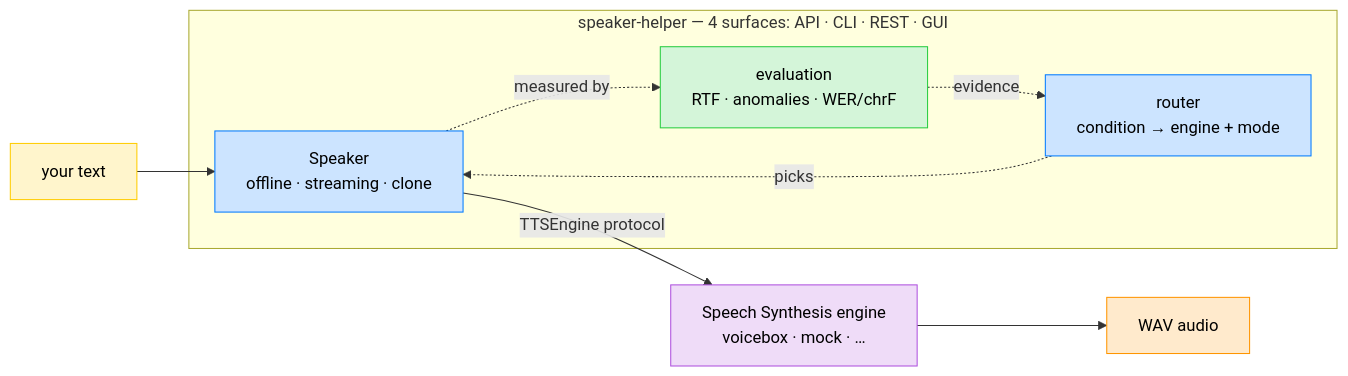
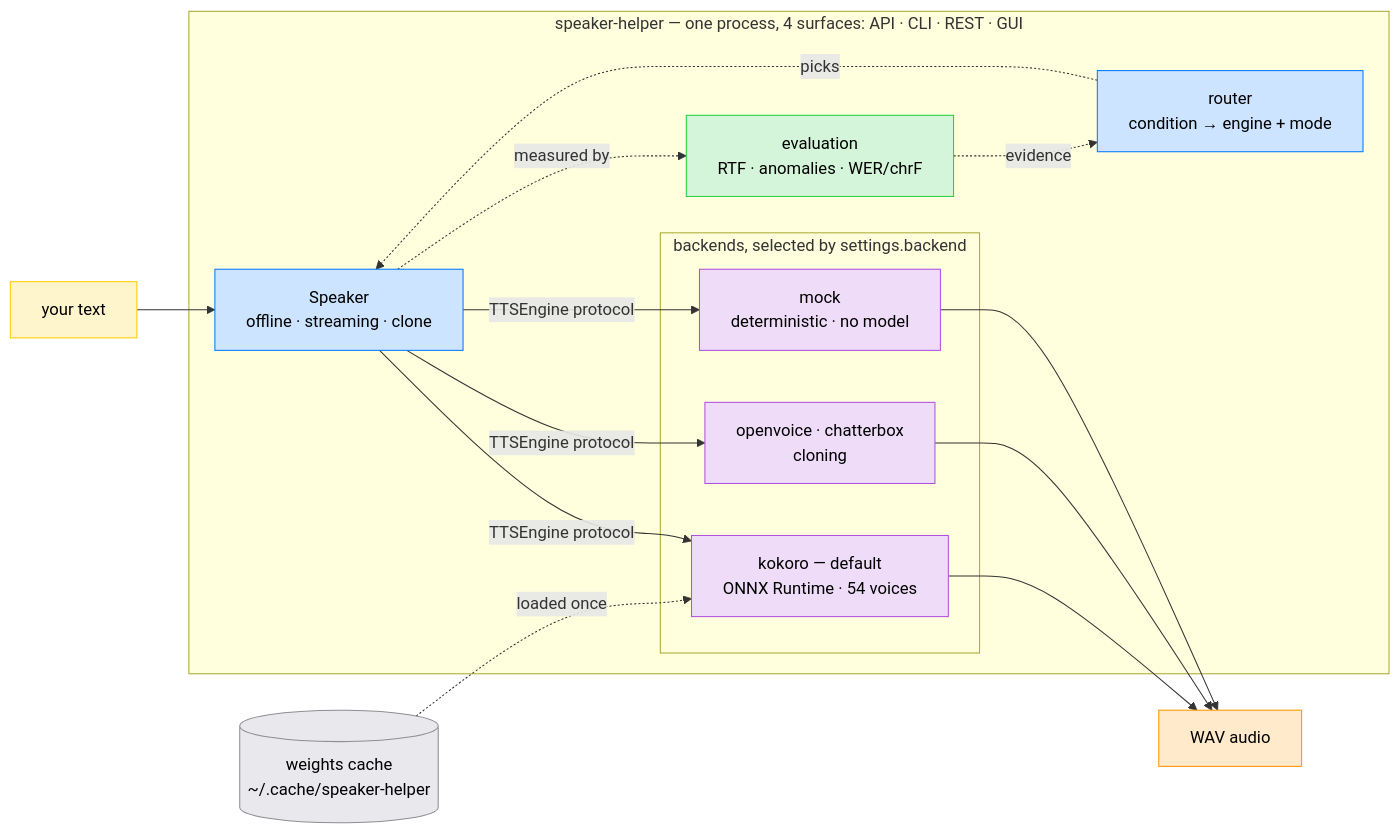
Before and after one commit to warith-harchaoui/speaker-helper: the diagram in README.md, drawn with Mermaid. The commit also changed other lines of this file and 23 other files, not shown here.

````diff
--- a/README.md
+++ b/README.md
@@ -64,24 +69,35 @@
 ```mermaid
 flowchart LR
     text["your text"]:::input
-    subgraph SH["speaker-helper — 4 surfaces: API · CLI · REST · GUI"]
+    subgraph SH["speaker-helper — one process, 4 surfaces: API · CLI · REST · GUI"]
         speaker["Speaker<br/>offline · streaming · clone"]:::core
         router["router<br/>condition → engine + mode"]:::core
         eval["evaluation<br/>RTF · anomalies · WER/chrF"]:::eval
+        subgraph BE["backends, selected by settings.backend"]
+            kokoro["kokoro — default<br/>ONNX Runtime · 54 voices"]:::engine
+            clone["openvoice · chatterbox<br/>cloning"]:::engine
+            mock["mock<br/>deterministic · no model"]:::engine
+        end
     end
-    engine["Speech Synthesis engine<br/>voicebox · mock · …"]:::engine
+    weights[("weights cache<br/>~/.cache/speaker-helper")]:::store
     audio["WAV audio"]:::output
 
     text --> speaker
     router -.->|picks| speaker
-    speaker -- "TTSEngine protocol" --> engine
-    engine --> audio
+    speaker -- "TTSEngine protocol" --> kokoro
+    speaker -- "TTSEngine protocol" --> clone
+    speaker -- "TTSEngine protocol" --> mock
+    weights -.->|loaded once| kokoro
+    kokoro --> audio
+    clone --> audio
+    mock --> audio
     speaker -.->|measured by| eval
     eval -.->|evidence| router
 
     classDef input fill:#FFF5CC,stroke:#FFCC00,color:#000000
     classDef core fill:#CCE4FF,stroke:#007AFF,color:#000000
     classDef eval fill:#D4F5D9,stroke:#28CD41,color:#000000
     classDef engine fill:#EFDCF8,stroke:#AF52DE,color:#000000
+    classDef store fill:#E8E8ED,stroke:#8E8E93,color:#000000
     classDef output fill:#FFEACC,stroke:#FF9500,color:#000000
 ```
````
